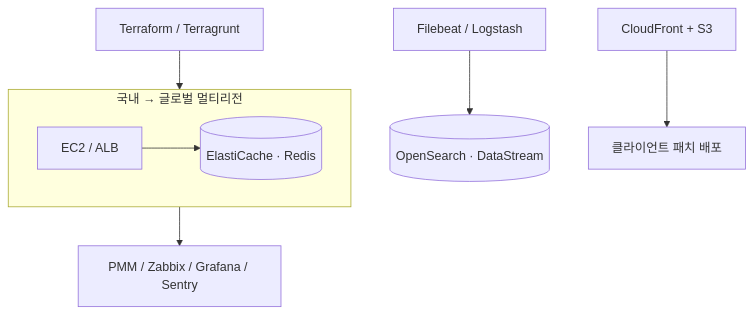
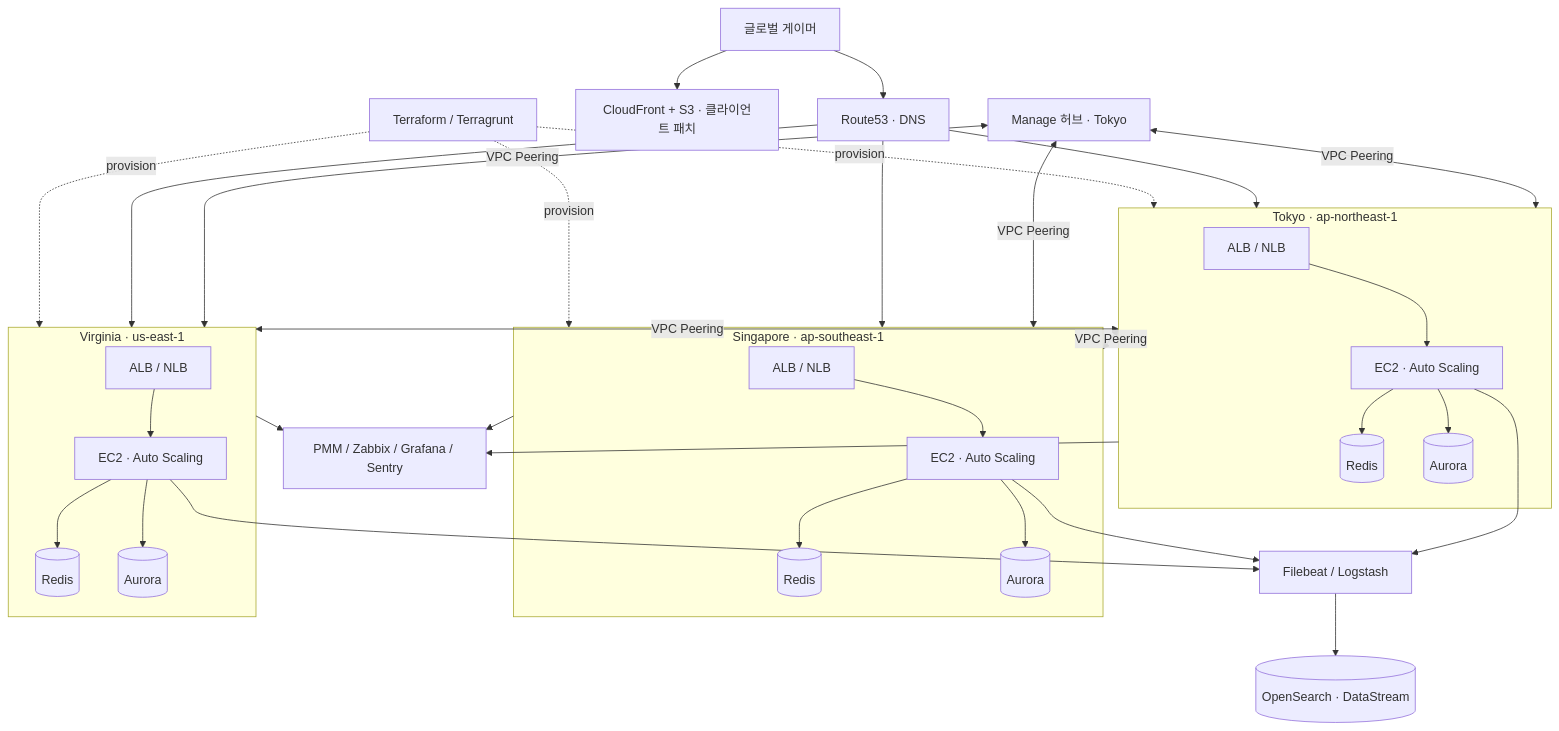
The diagram in src/content/projects/uncharted-waters-global.mdx (kyeongju/Kyeongju.github.io), drawn with Mermaid before and after one commit. The commit also changed other lines of this file and 1 other file, not shown here.

Commit message:
feat(arch): 멀티리전 다이어그램 상세화 + 대항해시대 스택·구성 보강

````diff
--- a/src/content/projects/uncharted-waters-global.mdx
+++ b/src/content/projects/uncharted-waters-global.mdx
@@ -24,10 +24,20 @@
 ```mermaid
 flowchart TB
-  subgraph Global[국내 → 글로벌 멀티리전]
-    EC2[EC2 / ALB] --> Redis[(ElastiCache · Redis)]
+  Client[글로벌 게이머] --> R53[Route53 · DNS]
+  Client --> CF[CloudFront + S3 · 클라이언트 패치]
+  TF[Terraform / Terragrunt] -. provision .-> JP & SG & US
+  R53 --> JP & SG & US
+  subgraph JP[Tokyo · ap-northeast-1]
+    Lj[ALB / NLB] --> Ej[EC2 · Auto Scaling] --> Rj[(Redis)] & Dj[(Aurora)]
   end
-  TF[Terraform / Terragrunt] --> Global
-  Logs[Filebeat / Logstash] --> OS[(OpenSearch · DataStream)]
-  CF[CloudFront + S3] --> Client[클라이언트 패치 배포]
-  Global --> Mon[PMM / Zabbix / Grafana / Sentry]
+  subgraph SG[Singapore · ap-southeast-1]
+    Ls[ALB / NLB] --> Es[EC2 · Auto Scaling] --> Rs[(Redis)] & Ds[(Aurora)]
+  end
+  subgraph US[Virginia · us-east-1]
+    Lu[ALB / NLB] --> Eu[EC2 · Auto Scaling] --> Ru[(Redis)] & Du[(Aurora)]
+  end
+  MG[Manage 허브 · Tokyo] <-->|VPC Peering| JP & SG & US
+  JP <-->|VPC Peering| SG & US
+  Ej & Es & Eu --> Logs[Filebeat / Logstash] --> OS[(OpenSearch · DataStream)]
+  JP & SG & US --> Mon[PMM / Zabbix / Grafana / Sentry]
 ```
````
